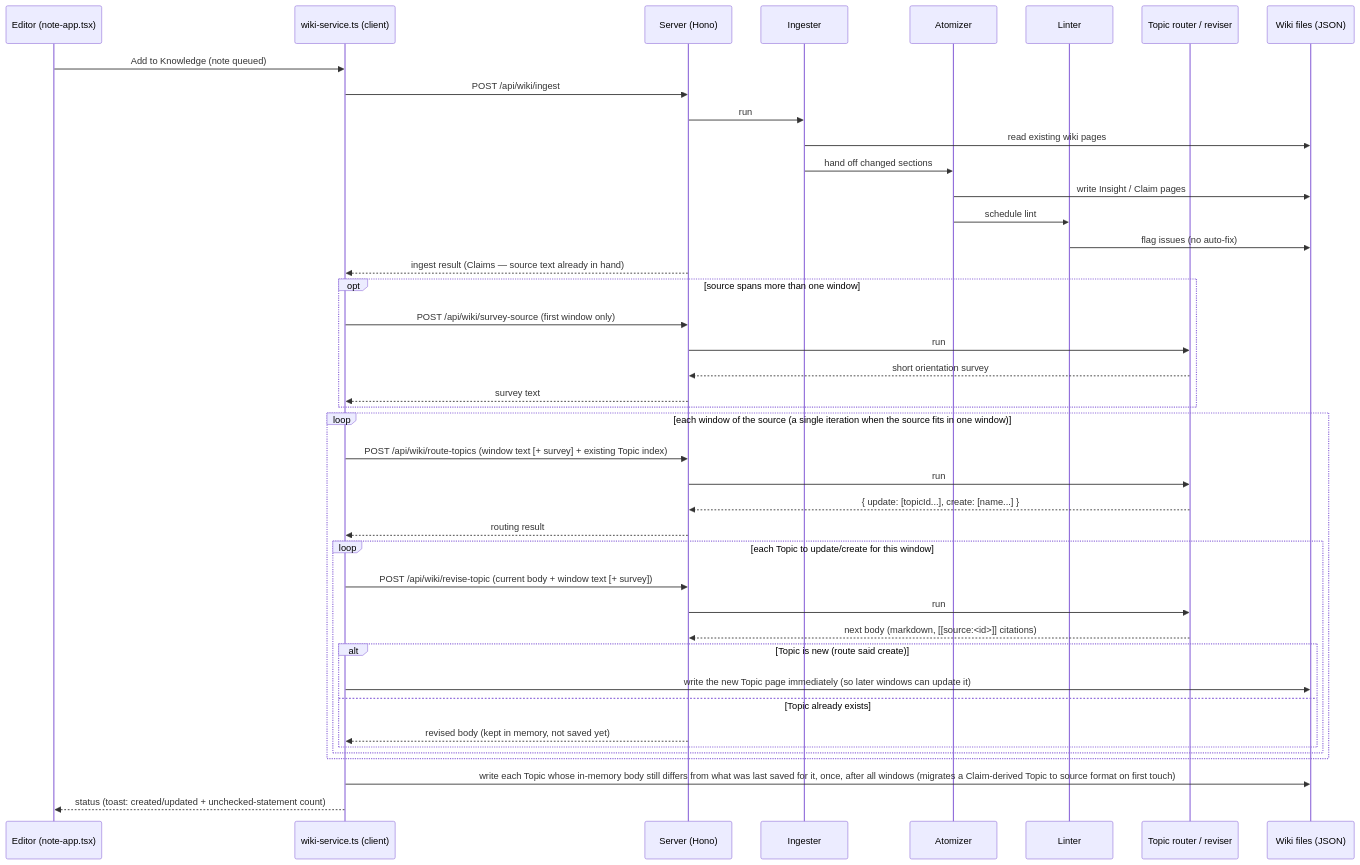
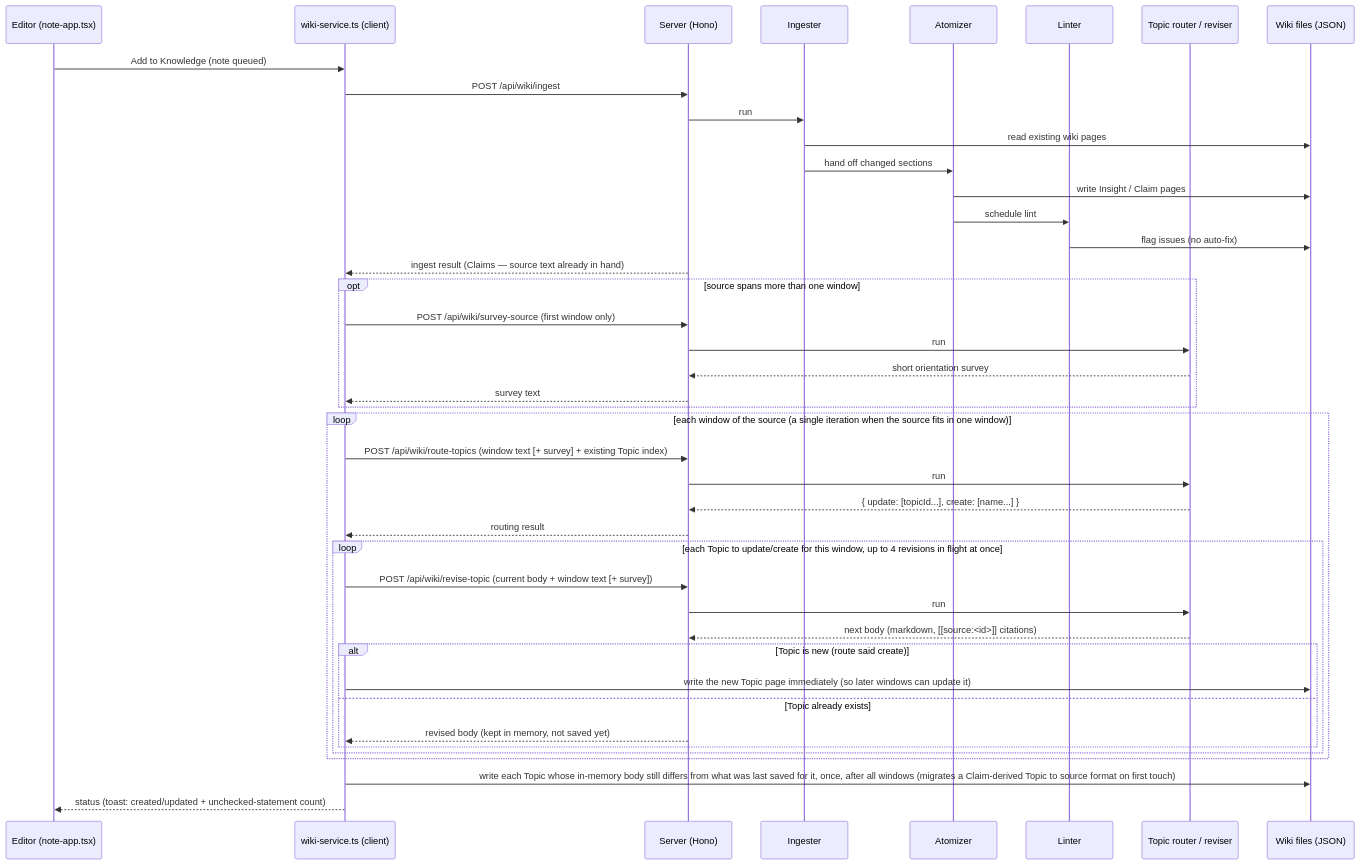
One commit to kumagallium/Graphium changed the second of 4 diagrams in docs/ARCHITECTURE.md. Above: the diagram before and after it, drawn with Mermaid. The commit also changed other lines of this file and 6 other files, not shown here.

````diff
--- a/docs/ARCHITECTURE.md
+++ b/docs/ARCHITECTURE.md
@@ -876,45 +876,45 @@
 ```mermaid
 sequenceDiagram
     participant E as Editor (note-app.tsx)
     participant W as wiki-service.ts (client)
     participant S as Server (Hono)
     participant I as Ingester
     participant A as Atomizer
     participant L as Linter
     participant TR as Topic router / reviser
     participant FS as Wiki files (JSON)
 
     E->>W: Add to Knowledge (note queued)
     W->>S: POST /api/wiki/ingest
     S->>I: run
     I->>FS: read existing wiki pages
     I->>A: hand off changed sections
     A->>FS: write Insight / Claim pages
     A->>L: schedule lint
     L->>FS: flag issues (no auto-fix)
     S-->>W: ingest result (Claims — source text already in hand)
     opt source spans more than one window
         W->>S: POST /api/wiki/survey-source (first window only)
         S->>TR: run
         TR-->>S: short orientation survey
         S-->>W: survey text
     end
     loop each window of the source (a single iteration when the source fits in one window)
         W->>S: POST /api/wiki/route-topics (window text [+ survey] + existing Topic index)
         S->>TR: run
         TR-->>S: { update: [topicId...], create: [name...] }
         S-->>W: routing result
-        loop each Topic to update/create for this window
+        loop each Topic to update/create for this window, up to 4 revisions in flight at once
             W->>S: POST /api/wiki/revise-topic (current body + window text [+ survey])
             S->>TR: run
             TR-->>S: next body (markdown, [[source:<id>]] citations)
             alt Topic is new (route said create)
                 W->>FS: write the new Topic page immediately (so later windows can update it)
             else Topic already exists
                 S-->>W: revised body (kept in memory, not saved yet)
             end
         end
     end
     W->>FS: write each Topic whose in-memory body still differs from what was last saved for it, once, after all windows (migrates a Claim-derived Topic to source format on first touch)
     W-->>E: status (toast: created/updated + unchecked-statement count)
 ```
````
